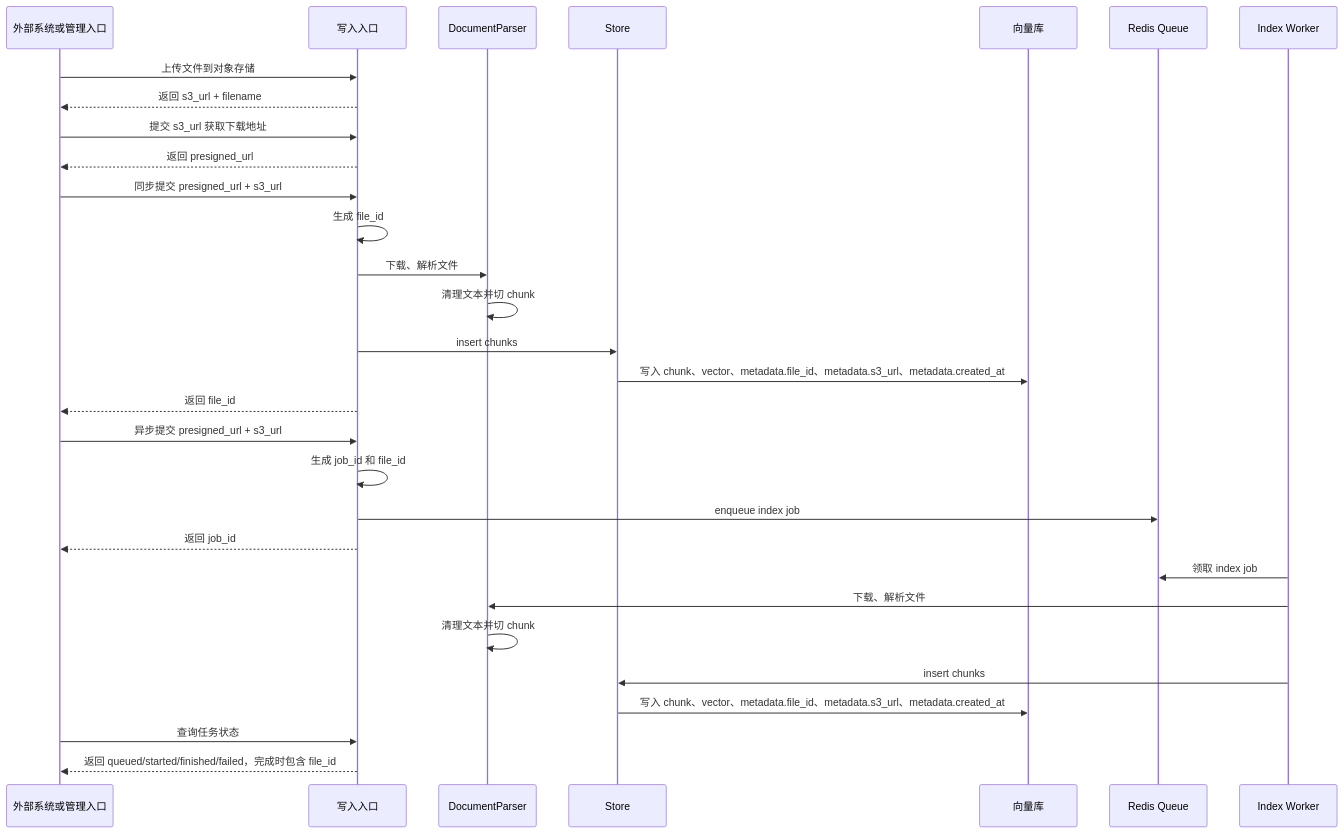
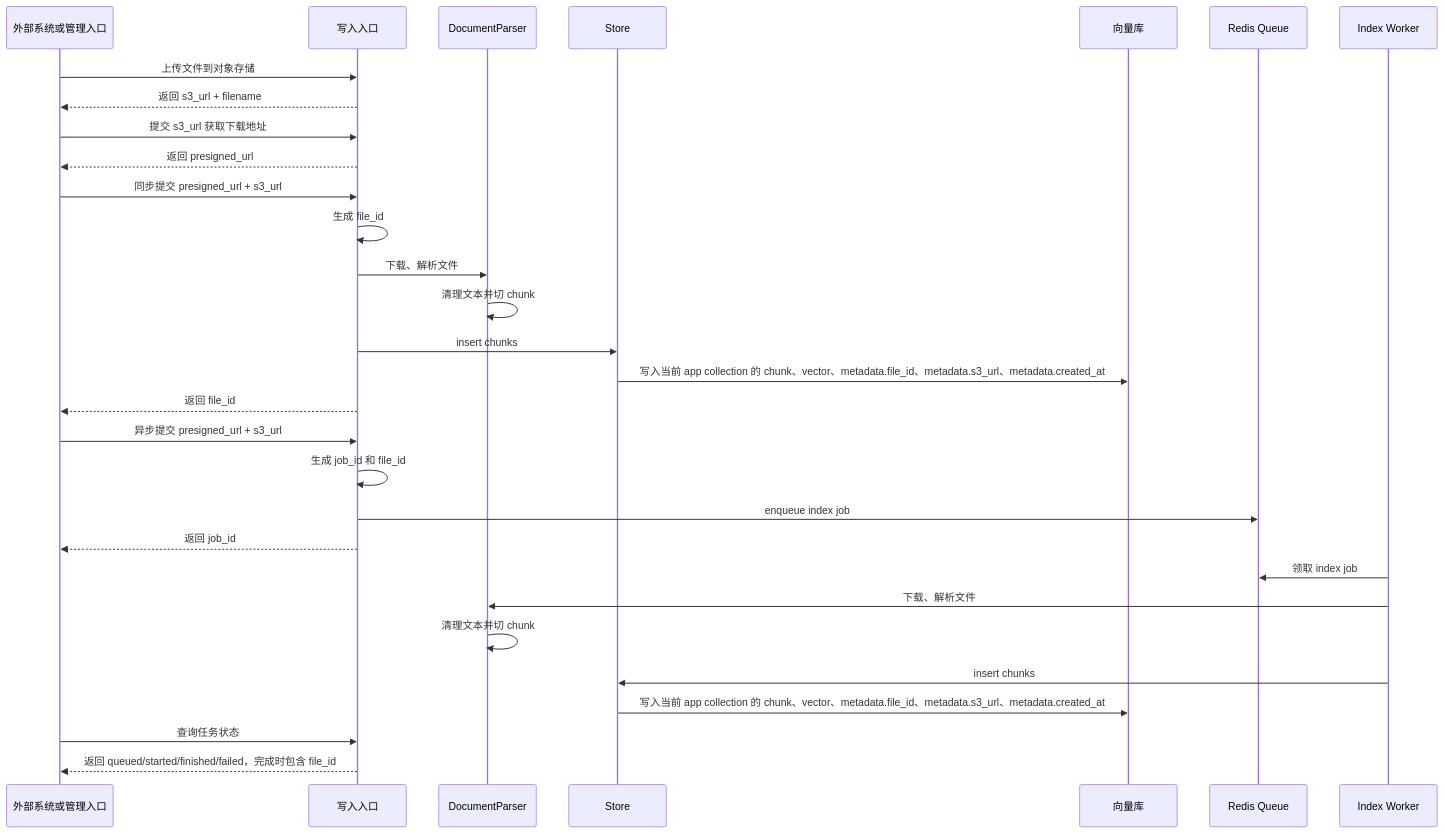
Before and after one commit to guobinqiu/new_brain: the fourth of 5 diagrams in docs/architecture.md, drawn with Mermaid. The commit also changed other lines of this file and 83 other files, not shown here.

````diff
--- a/docs/architecture.md
+++ b/docs/architecture.md
@@ -148,33 +168,33 @@
 ```mermaid
 sequenceDiagram
   participant Client as 外部系统或管理入口
   participant Entry as 写入入口
   participant Parser as DocumentParser
   participant Store as Store
   participant DB as 向量库
   participant Redis as Redis Queue
   participant Worker as Index Worker
 
   Client->>Entry: 上传文件到对象存储
   Entry-->>Client: 返回 s3_url + filename
   Client->>Entry: 提交 s3_url 获取下载地址
   Entry-->>Client: 返回 presigned_url
   Client->>Entry: 同步提交 presigned_url + s3_url
   Entry->>Entry: 生成 file_id
   Entry->>Parser: 下载、解析文件
   Parser->>Parser: 清理文本并切 chunk
   Entry->>Store: insert chunks
-  Store->>DB: 写入 chunk、vector、metadata.file_id、metadata.s3_url、metadata.created_at
+  Store->>DB: 写入当前 app collection 的 chunk、vector、metadata.file_id、metadata.s3_url、metadata.created_at
   Entry-->>Client: 返回 file_id
   Client->>Entry: 异步提交 presigned_url + s3_url
   Entry->>Entry: 生成 job_id 和 file_id
   Entry->>Redis: enqueue index job
   Entry-->>Client: 返回 job_id
   Worker->>Redis: 领取 index job
   Worker->>Parser: 下载、解析文件
   Parser->>Parser: 清理文本并切 chunk
   Worker->>Store: insert chunks
-  Store->>DB: 写入 chunk、vector、metadata.file_id、metadata.s3_url、metadata.created_at
+  Store->>DB: 写入当前 app collection 的 chunk、vector、metadata.file_id、metadata.s3_url、metadata.created_at
   Client->>Entry: 查询任务状态
   Entry-->>Client: 返回 queued/started/finished/failed，完成时包含 file_id
 ```
````
